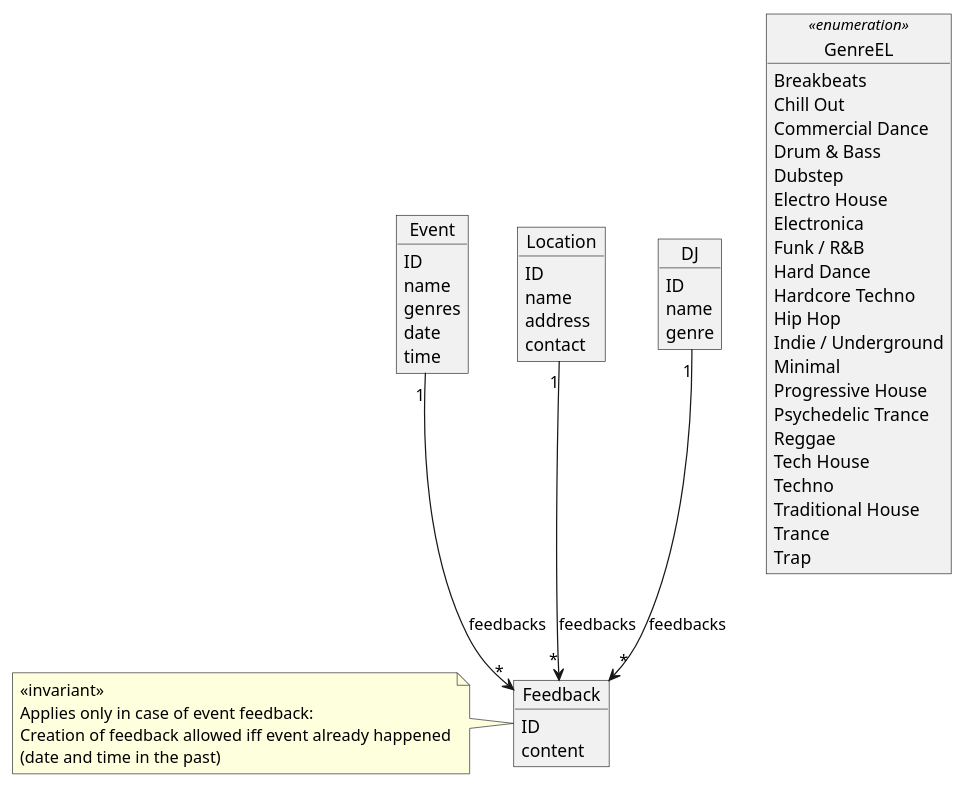
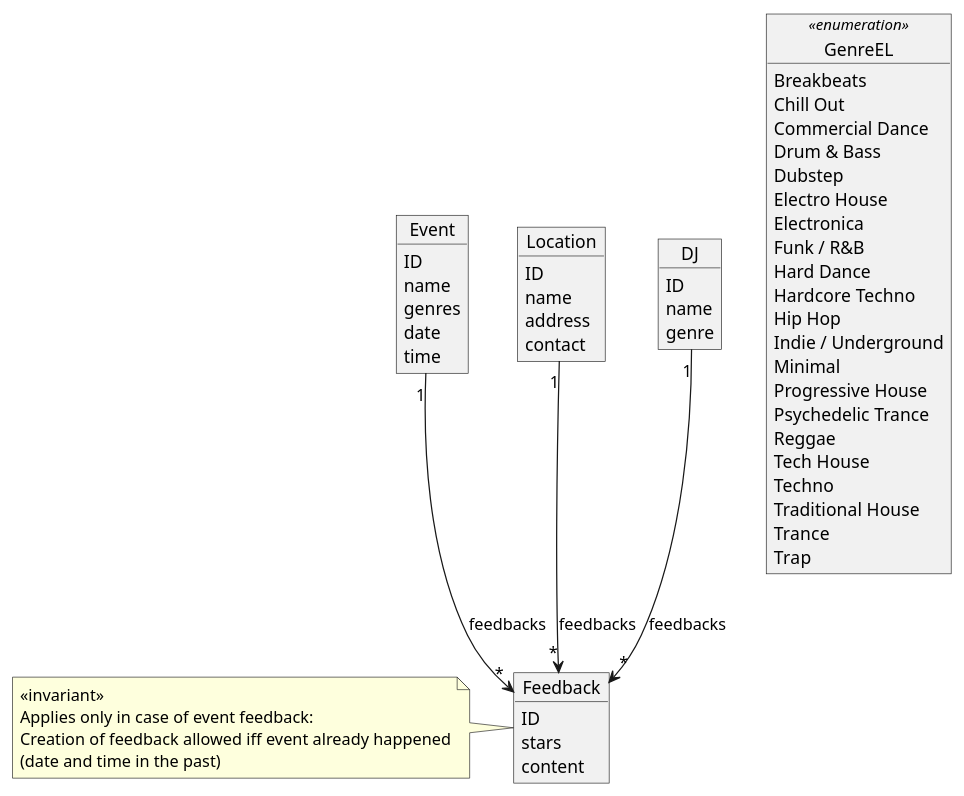
Before and after one commit to germede/djlokal: the diagram in uml/dim.puml, drawn with PlantUML.

Commit message:
Add stars field to UML diagram

```diff
--- a/uml/dim.puml
+++ b/uml/dim.puml
@@ -1,65 +1,66 @@
 @startuml model
 
 object GenreEL <<enumeration>> {
   Breakbeats
   Chill Out
   Commercial Dance
   Drum & Bass
   Dubstep
   Electro House
   Electronica
   Funk / R&B
   Hard Dance
   Hardcore Techno
   Hip Hop
   Indie / Underground
   Minimal
   Progressive House
   Psychedelic Trance
   Reggae
   Tech House
   Techno
   Traditional House
   Trance
   Trap
 }
 
 object Event {
   ID
   name
   genres
   date
   time
 }
 
 object Location {
   ID
   name
   address
   contact
 }
 
 object DJ {
   ID
   name
   genre
 }
 
 object Feedback {
   ID
+  stars
   content
 }
 
 note left
   <<invariant>>
   Applies only in case of event feedback:
   Creation of feedback allowed iff event already happened
   (date and time in the past)
 end note
 
 
 Event "1" --> "*" Feedback : feedbacks
 Location "1" --> "*" Feedback : feedbacks
 DJ "1" --> "*" Feedback : feedbacks
 
 @enduml
```
